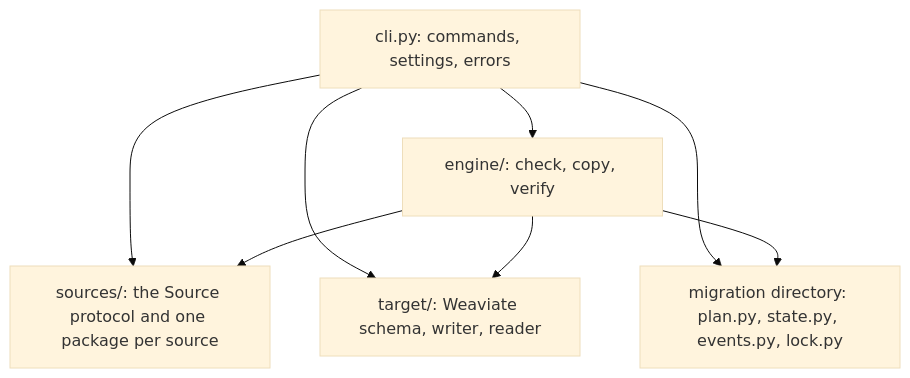
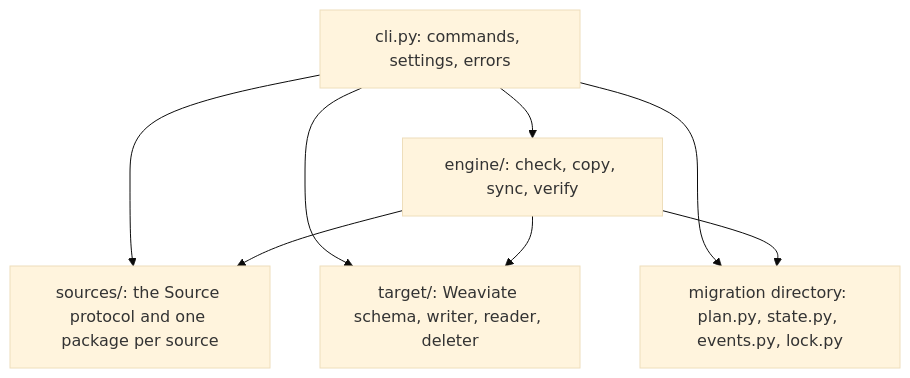
Before and after one commit to weaviate/to-weaviate: the diagram in docs/development/architecture.md, drawn with Mermaid (base theme). The commit also changed other lines of this file and 33 other files, not shown here.

````diff
--- a/docs/development/architecture.md
+++ b/docs/development/architecture.md
@@ -8,15 +8,15 @@
 ```mermaid
 flowchart TB
     cli["cli.py: commands, settings, errors"]
-    engine["engine/: check, copy, verify"]
+    engine["engine/: check, copy, sync, verify"]
     sources["sources/: the Source protocol and one package per source"]
-    target["target/: Weaviate schema, writer, reader"]
+    target["target/: Weaviate schema, writer, reader, deleter"]
     dir["migration directory: plan.py, state.py, events.py, lock.py"]
     cli --> engine
     cli --> sources
     cli --> target
     cli --> dir
     engine --> sources
     engine --> target
     engine --> dir
 ```
````
